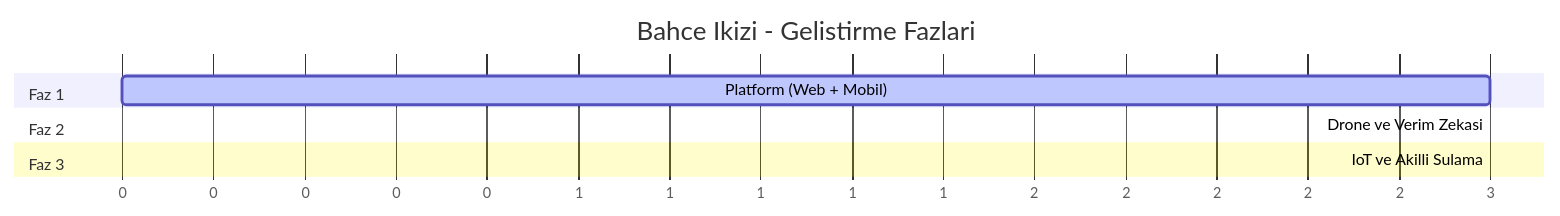
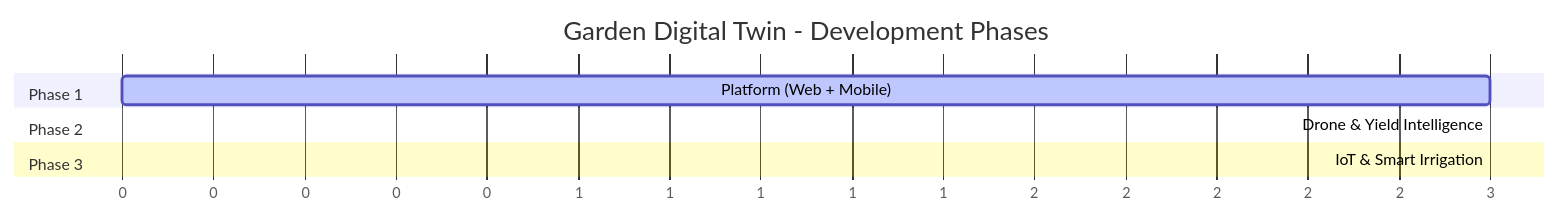
Before and after one commit to hhalilikurnaz/griOS-Telemetry-System: the third of 8 diagrams in README.md, drawn with Mermaid. The commit also changed other lines of this file, not shown here.

````diff
--- a/README.md
+++ b/README.md
@@ -191,12 +263,12 @@
 ```mermaid
 gantt
-    title Bahce Ikizi - Gelistirme Fazlari
+    title Garden Digital Twin - Development Phases
     dateFormat  X
     axisFormat  %s
-    section Faz 1
-    Platform (Web + Mobil)         :active, f1, 0, 3
-    section Faz 2
-    Drone ve Verim Zekasi          :f2, after f1, 3
-    section Faz 3
-    IoT ve Akilli Sulama           :f3, after f2, 3
+    section Phase 1
+    Platform (Web + Mobile)         :active, f1, 0, 3
+    section Phase 2
+    Drone & Yield Intelligence      :f2, after f1, 3
+    section Phase 3
+    IoT & Smart Irrigation          :f3, after f2, 3
 ```
````
